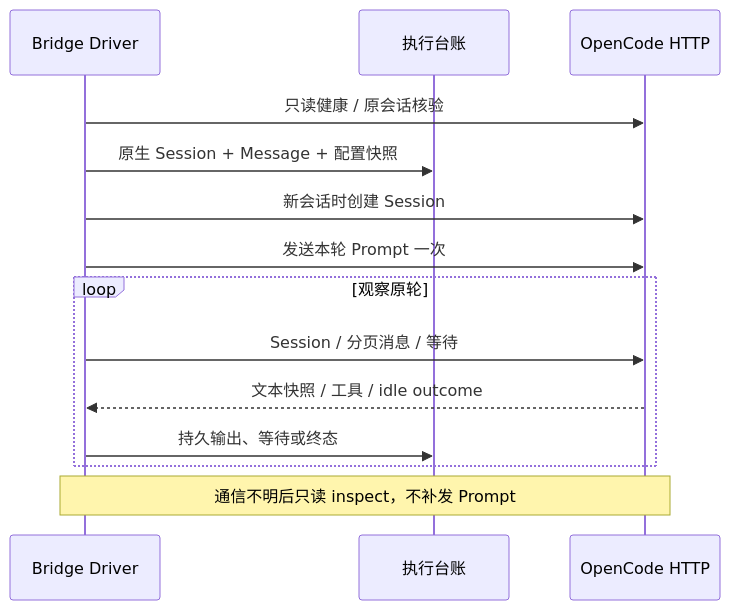
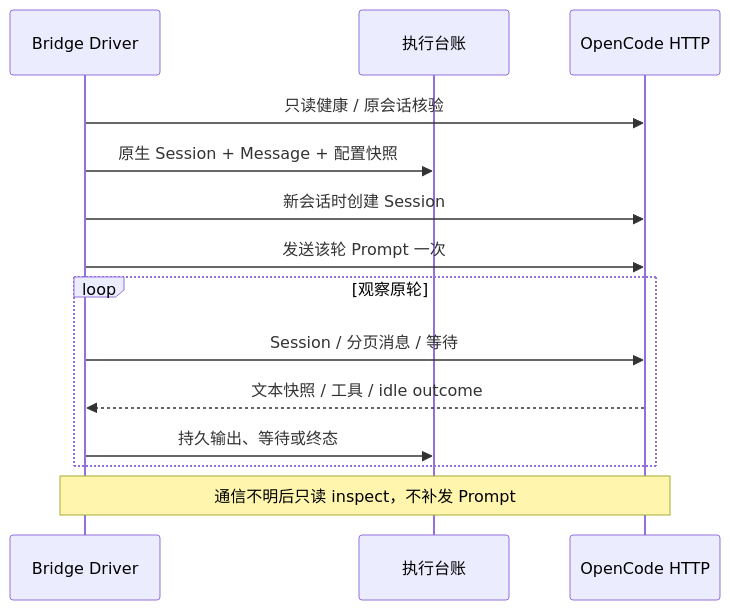
One commit to wsjq5477/MA-Relay changed the second of 2 diagrams in doc/modules/06-native-adapters/opencode/design.md. Above: the diagram before and after it, drawn with Mermaid. The commit also changed other lines of this file and 168 other files, not shown here.

````diff
--- a/doc/modules/06-native-adapters/opencode/design.md
+++ b/doc/modules/06-native-adapters/opencode/design.md
@@ -80,16 +98,16 @@
 ```mermaid
 sequenceDiagram
     participant B as Bridge Driver
     participant J as 执行台账
     participant O as OpenCode HTTP
     B->>O: 只读健康 / 原会话核验
     B->>J: 原生 Session + Message + 配置快照
     B->>O: 新会话时创建 Session
-    B->>O: 发送本轮 Prompt 一次
+    B->>O: 发送该轮 Prompt 一次
     loop 观察原轮
         B->>O: Session / 分页消息 / 等待
         O-->>B: 文本快照 / 工具 / idle outcome
         B->>J: 持久输出、等待或终态
     end
     Note over B,O: 通信不明后只读 inspect，不补发 Prompt
 ```
````
